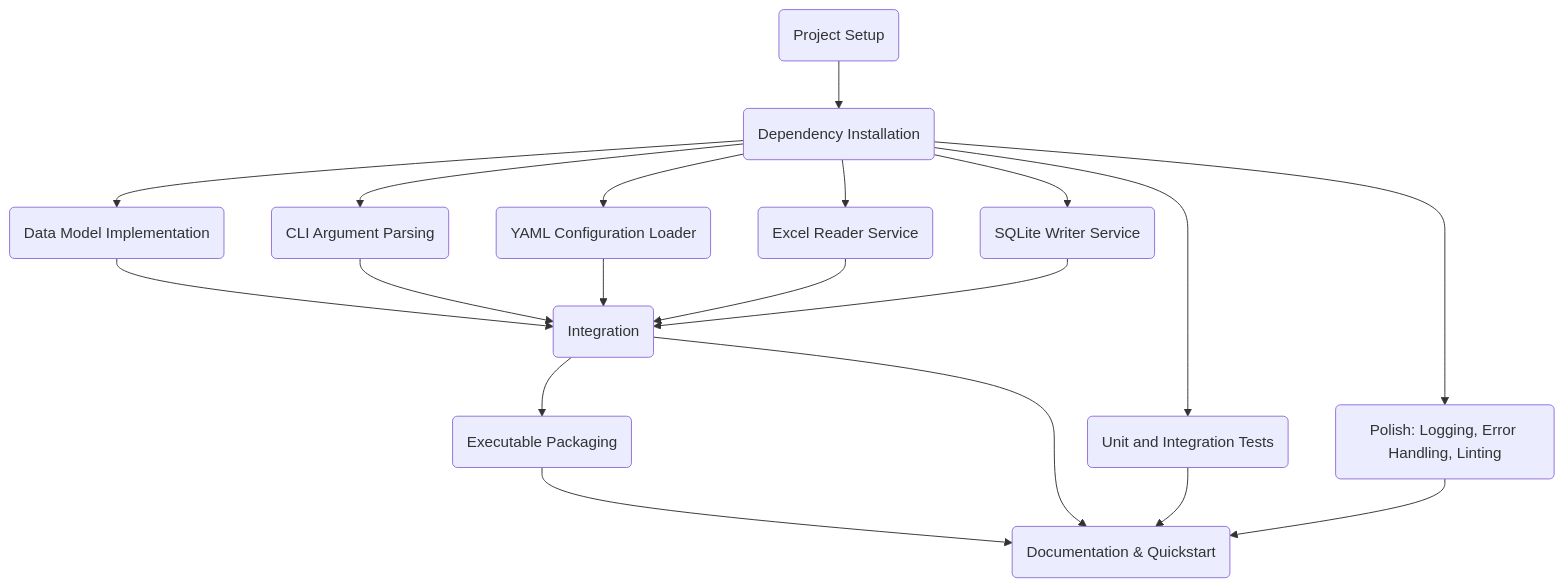
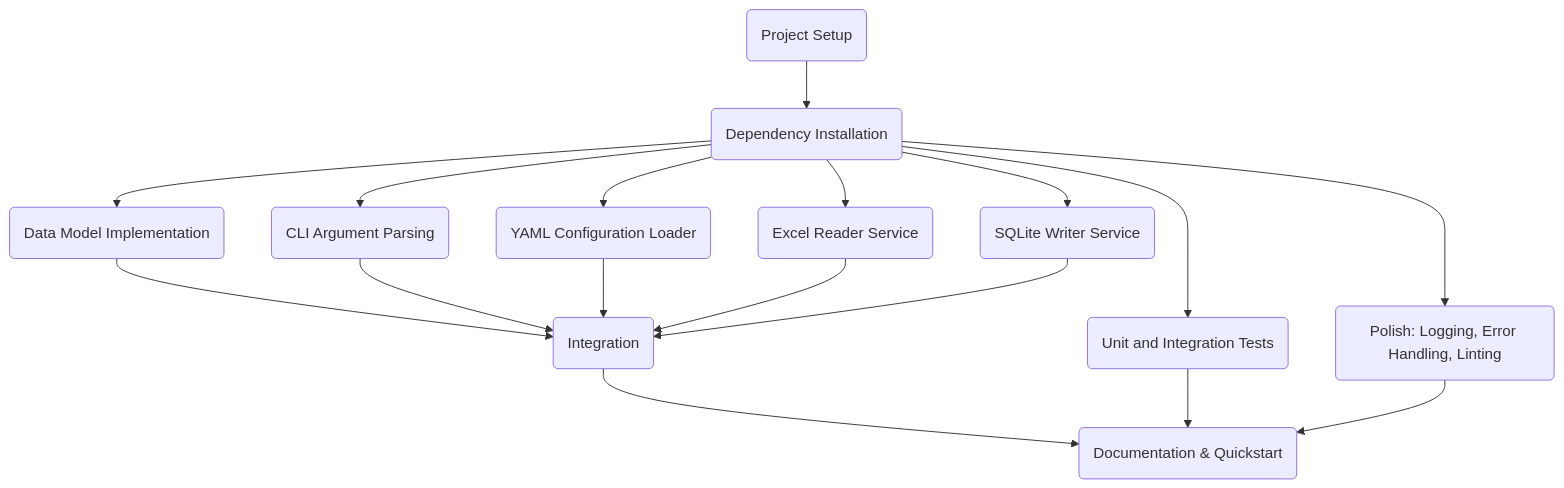
One commit to 2106psyto/excel2db changed the diagram in specs/tasks.md. Above: the diagram before and after it, drawn with Mermaid. The commit also changed other lines of this file and 2 other files, not shown here.

Commit message:
Add documentation and update specs.

````diff
--- a/specs/tasks.md
+++ b/specs/tasks.md
@@ -153,21 +153,20 @@
 ```mermaid
 flowchart TD
     T001(Project Setup) --> T002(Dependency Installation)
     T002 --> T003(Data Model Implementation)
     T002 --> T004(CLI Argument Parsing)
     T002 --> T005(YAML Configuration Loader)
     T002 --> T006(Excel Reader Service)
     T002 --> T007(SQLite Writer Service)
     T002 --> T010(Unit and Integration Tests)
     T002 --> T012(Polish: Logging, Error Handling, Linting)
     T003 --> T008(Integration)
     T004 --> T008
     T005 --> T008
     T006 --> T008
     T007 --> T008
-    T008 --> T009(Executable Packaging)
-    T009 --> T011(Documentation & Quickstart)
-    T008 --> T011
+    T008 --> T011(Documentation & Quickstart)
     T010 --> T011
     T012 --> T011
+    T011
 ```
````
